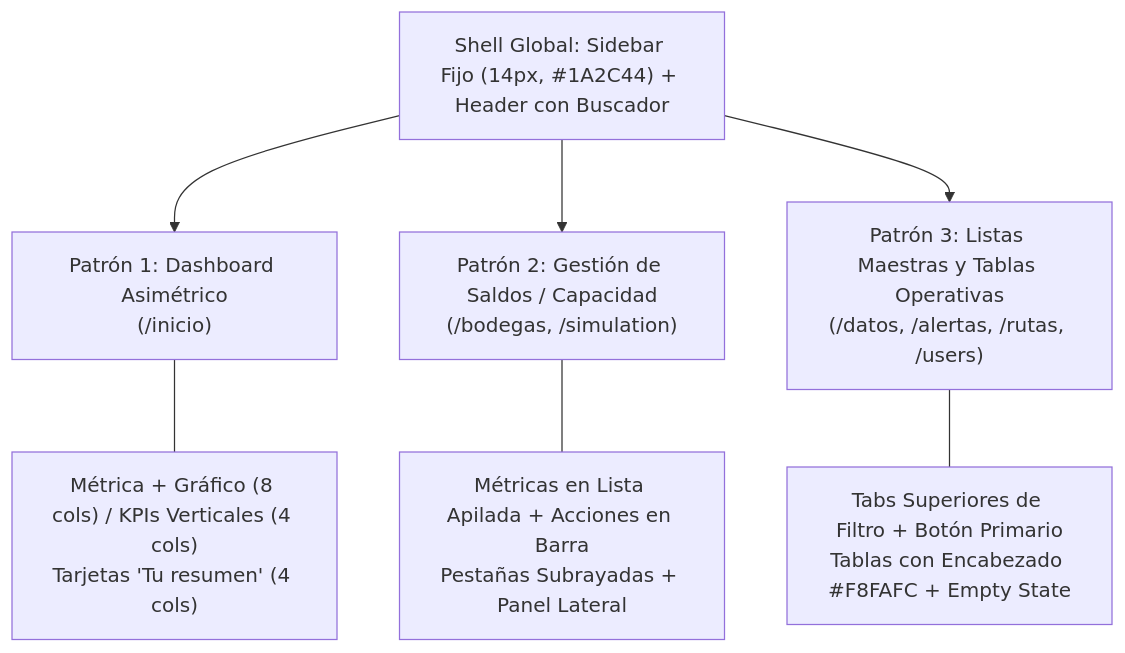
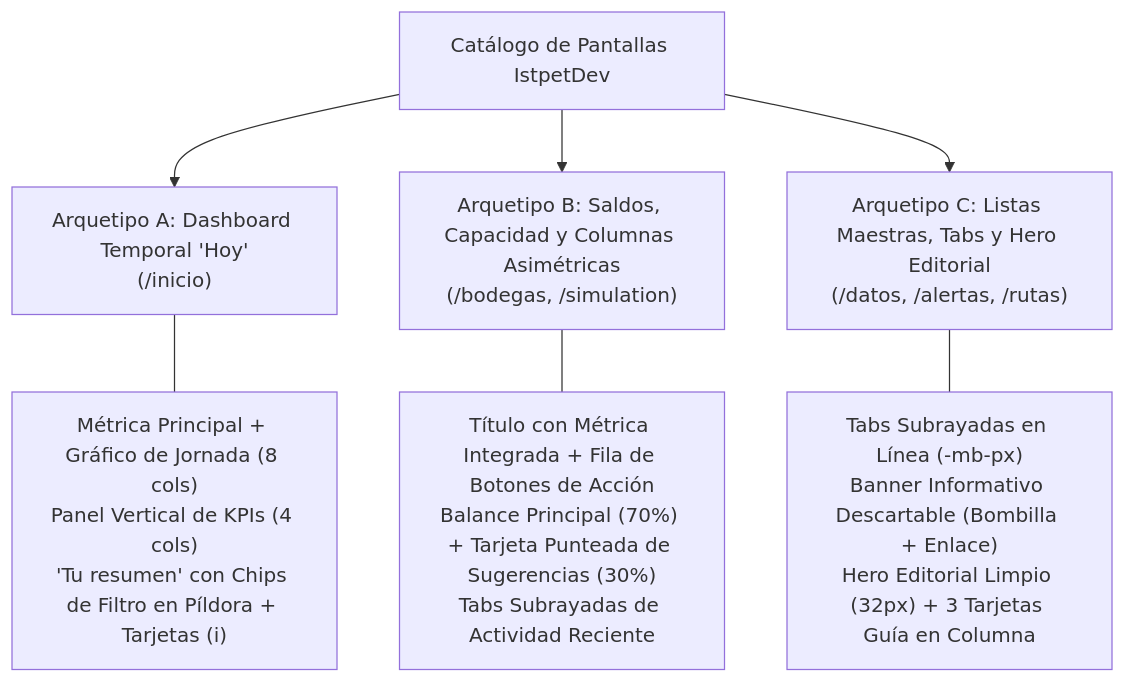
The second of 2 diagrams in docs/boveda/03 Arquitectura/Guia de maquetacion y diseno UI-UX.md (bryancito1090/istpetdev-platform), drawn with Mermaid before and after one commit. The commit also changed other lines of this file and 47 other files, not shown here.

````diff
--- a/docs/boveda/03 Arquitectura/Guia de maquetacion y diseno UI-UX.md
+++ b/docs/boveda/03 Arquitectura/Guia de maquetacion y diseno UI-UX.md
@@ -57,12 +98,12 @@
 ```mermaid
 flowchart TD
-    Shell["Shell Global: Sidebar Fijo (14px, #1A2C44) + Header con Buscador"]
+    Vistas["Catálogo de Pantallas IstpetDev"]
     
-    Shell --> P1["Patrón 1: Dashboard Asimétrico<br>(/inicio)"]
-    Shell --> P2["Patrón 2: Gestión de Saldos / Capacidad<br>(/bodegas, /simulation)"]
-    Shell --> P3["Patrón 3: Listas Maestras y Tablas Operativas<br>(/datos, /alertas, /rutas, /users)"]
+    Vistas --> ArqA["Arquetipo A: Dashboard Temporal 'Hoy'<br>(/inicio)"]
+    Vistas --> ArqB["Arquetipo B: Saldos, Capacidad y Columnas Asimétricas<br>(/bodegas, /simulation)"]
+    Vistas --> ArqC["Arquetipo C: Listas Maestras, Tabs y Hero Editorial<br>(/datos, /alertas, /rutas)"]
 
-    P1 --- D1["Métrica + Gráfico (8 cols) / KPIs Verticales (4 cols)<br>Tarjetas 'Tu resumen' (4 cols)"]
-    P2 --- D2["Métricas en Lista Apilada + Acciones en Barra<br>Pestañas Subrayadas + Panel Lateral"]
-    P3 --- D3["Tabs Superiores de Filtro + Botón Primario<br>Tablas con Encabezado #F8FAFC + Empty State"]
+    ArqA --- R1["Métrica Principal + Gráfico de Jornada (8 cols)<br>Panel Vertical de KPIs (4 cols)<br>'Tu resumen' con Chips de Filtro en Píldora + Tarjetas (i)"]
+    ArqB --- R2["Título con Métrica Integrada + Fila de Botones de Acción<br>Balance Principal (70%) + Tarjeta Punteada de Sugerencias (30%)<br>Tabs Subrayadas de Actividad Reciente"]
+    ArqC --- R3["Tabs Subrayadas en Línea (-mb-px)<br>Banner Informativo Descartable (Bombilla + Enlace)<br>Hero Editorial Limpio (32px) + 3 Tarjetas Guía en Columna"]
 ```
````
